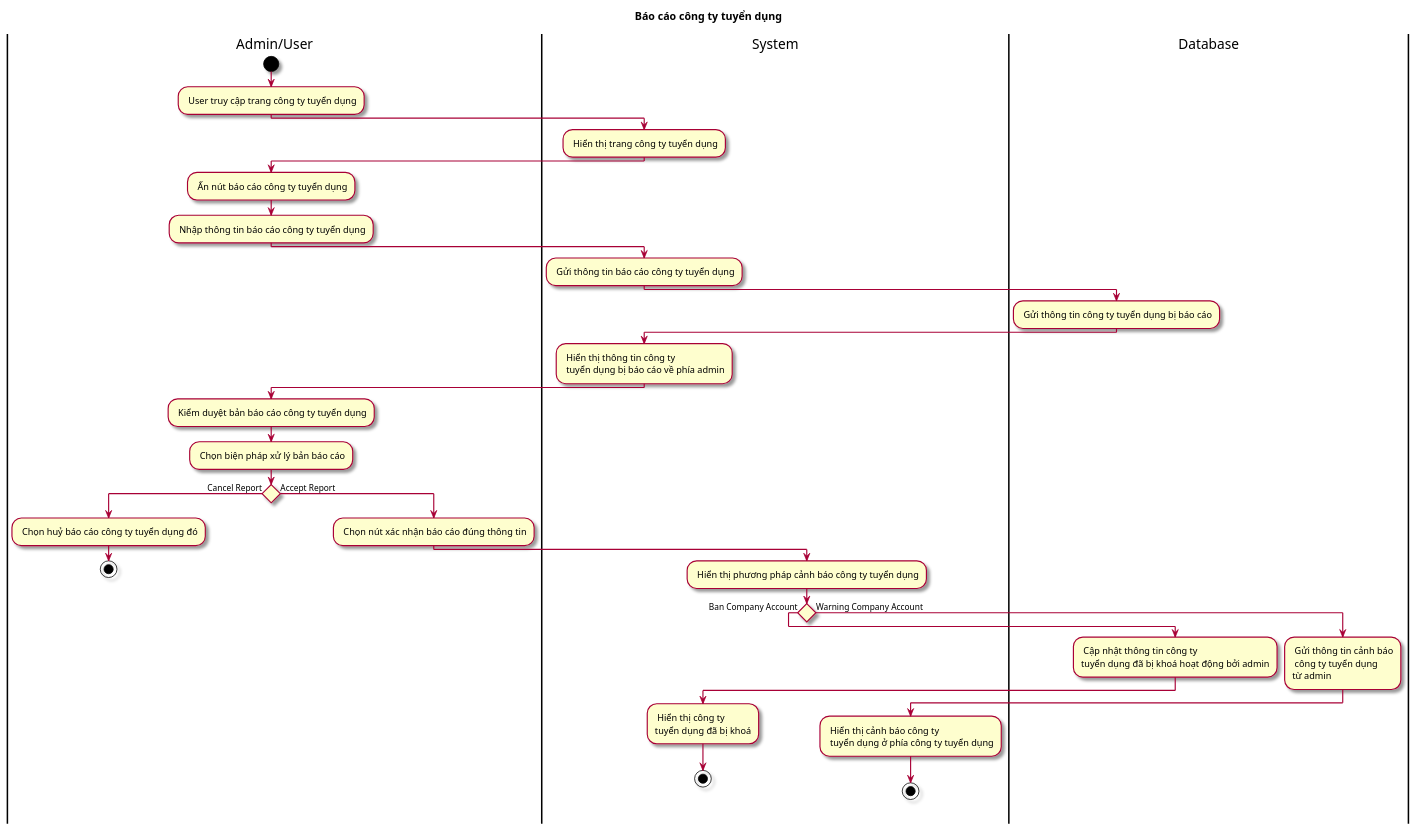
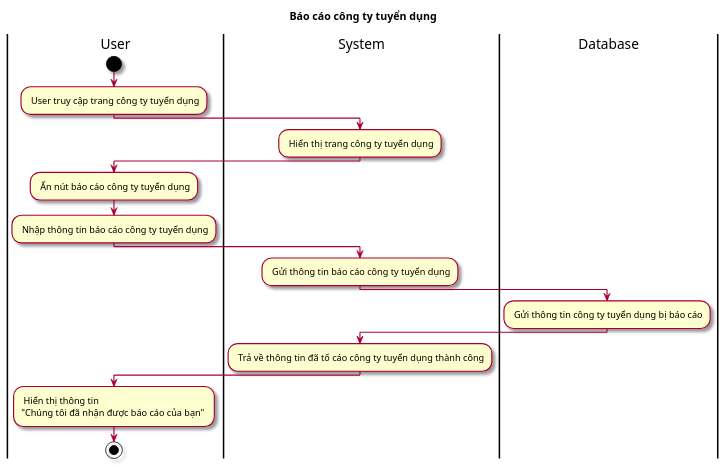
One commit to Griselda4774/EAS-EmploymentAssistanceSystem changed the diagram in Lab1/Lab 1.2 Diagram/Activity/FileUML/4.2 ActBaoCaoCongTy.puml. Above: the diagram before and after it, drawn with PlantUML. The commit also changed other lines of this file and 19 other files, not shown here.

```diff
--- a/Lab1/Lab 1.2 Diagram/Activity/FileUML/4.2 ActBaoCaoCongTy.puml
+++ b/Lab1/Lab 1.2 Diagram/Activity/FileUML/4.2 ActBaoCaoCongTy.puml
@@ -1,41 +1,23 @@
-@startuml ActBaoCaoBaiDang
+@startuml ActBaoCaoCongTyTuyenDung
 skin rose
 title Báo cáo công ty tuyển dụng
-|Admin/User|
+|User|
 start
 : User truy cập trang công ty tuyển dụng;
 |System|
 : Hiển thị trang công ty tuyển dụng;
-|Admin/User|
+|User|
 : Ấn nút báo cáo công ty tuyển dụng;
 : Nhập thông tin báo cáo công ty tuyển dụng;
 |System|
 : Gửi thông tin báo cáo công ty tuyển dụng;
 |Database|
 : Gửi thông tin công ty tuyển dụng bị báo cáo;
 |System|
-: Hiển thị thông tin công ty \n tuyển dụng bị báo cáo về phía admin;
-|Admin/User|
-: Kiểm duyệt bản báo cáo công ty tuyển dụng;
-: Chọn biện pháp xử lý bản báo cáo;
-if () then (Cancel Report)
-: Chọn huỷ báo cáo công ty tuyển dụng đó;
-stop
-else (Accept Report)
-: Chọn nút xác nhận báo cáo đúng thông tin;
-|System|
-: Hiển thị phương pháp cảnh báo công ty tuyển dụng;
-if () then (Ban Company Account)
-|Database|
-: Cập nhật thông tin công ty \ntuyển dụng đã bị khoá hoạt động bởi admin;
-|System|
-: Hiển thị công ty \ntuyển dụng đã bị khoá;
-stop
-else (Warning Company Account)
-|Database|
-: Gửi thông tin cảnh báo\n công ty tuyển dụng\ntừ admin;
-|System|
-: Hiển thị cảnh báo công ty\n tuyển dụng ở phía công ty tuyển dụng;
+: Trả về thông tin đã tố cáo công ty tuyển dụng thành công;
+|User|
+: Hiển thị thông tin \n"Chúng tôi đã nhận được báo cáo của bạn" ;
+
 stop
 
 @enduml
```
